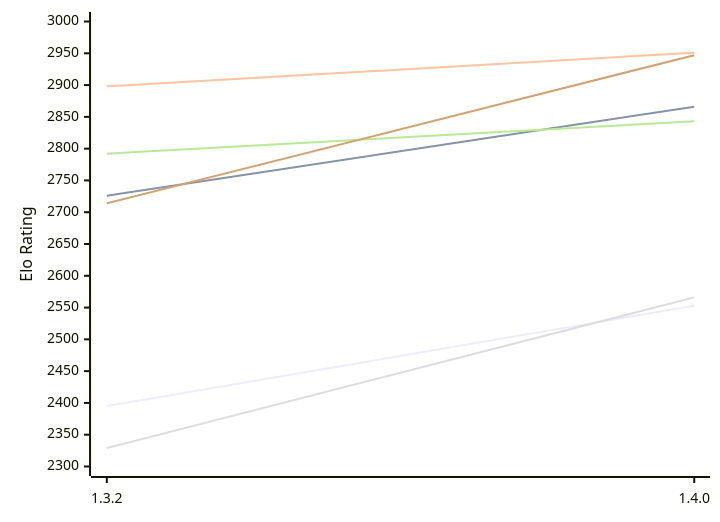
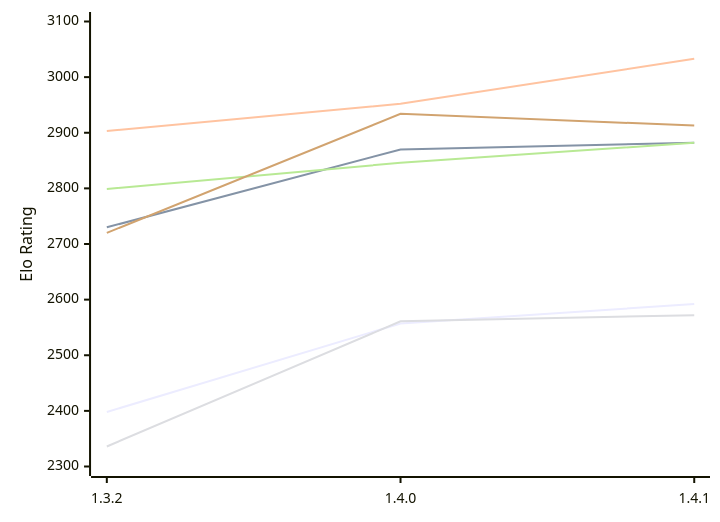
Before and after one commit to computer-chess-index/cci: the diagram in engines/Maharajah.md, drawn with Mermaid. The commit also changed other lines of this file, not shown here.

Commit message:
Update CCI Ratings (ELO VLTC) - 2026-11-20

````diff
--- a/engines/Maharajah.md
+++ b/engines/Maharajah.md
@@ -49,12 +51,12 @@
 ```mermaid
 %%{init: {"theme":"base","themeVariables":{"seriesColors:['#a3a3a3','#222221','#faa371']}}}%%
 xychart-beta
-  x-axis ["1.3.2", "1.4.0"]
-  y-axis "Elo Rating" 2300 --> 3000
-  line "E1: STC (8.0+0.08s)" [2395, 2553]
-  line "E1: LTC (60.0+0.60s)" [2726, 2866]
-  line "E1: VLTC (2m24s+1.12s)" [2898, 2951]
-  line "P1: STC (8.0+0.08s)" [2329, 2566]
-  line "P1: LTC (60.0+0.60s)" [2792, 2843]
-  line "P1: VLTC (2m24s+1.12s)" [2714, 2947]
+  x-axis ["1.3.2", "1.4.0", "1.4.1"]
+  y-axis "Elo Rating" 2300 --> 3100
+  line "E1: STC (8.0+0.08s)" [2398, 2557, 2592]
+  line "E1: LTC (60.0+0.60s)" [2730, 2870, 2882]
+  line "E1: VLTC (2m24s+1.12s)" [2903, 2952, 3033]
+  line "P1: STC (8.0+0.08s)" [2336, 2561, 2572]
+  line "P1: LTC (60.0+0.60s)" [2799, 2846, 2882]
+  line "P1: VLTC (2m24s+1.12s)" [2720, 2934, 2913]
 ```
````
